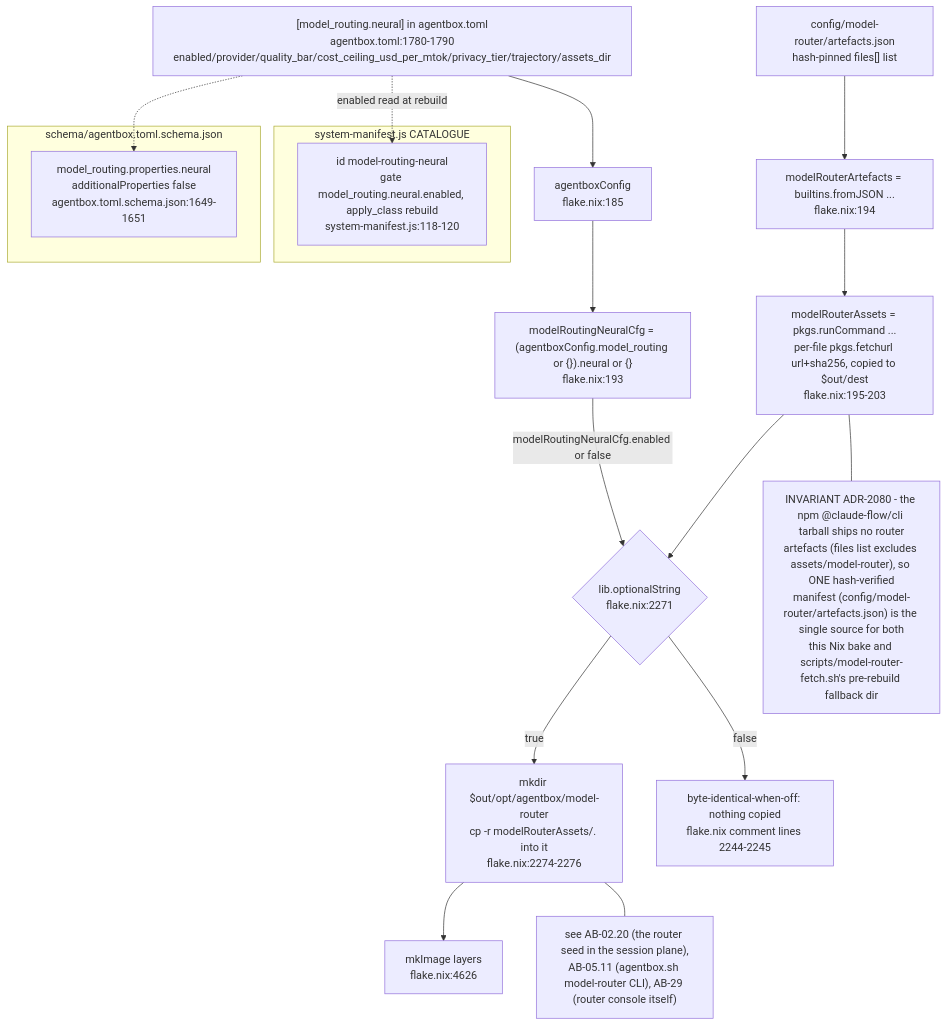
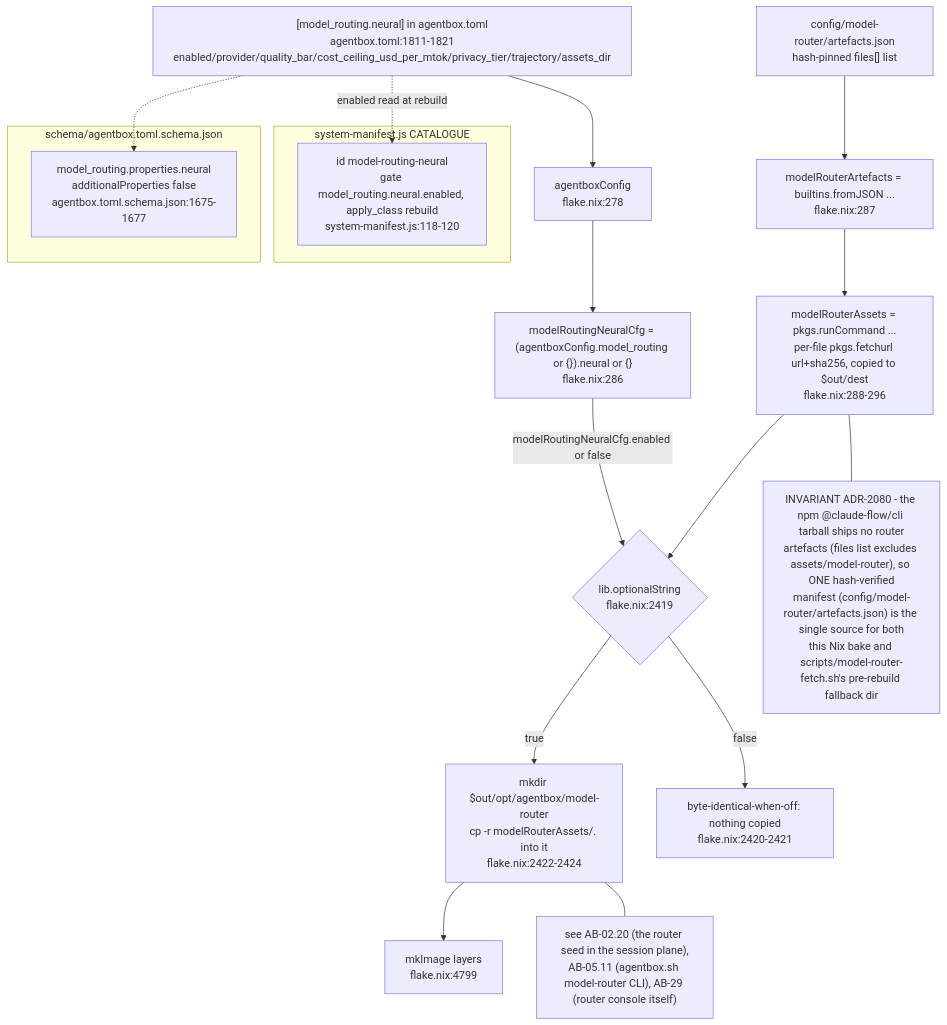
Before and after one commit to DreamLab-AI/VisionFlow: the tenth of 10 diagrams in docs/diagrams/agentbox/01-nix-flake-composition.md, drawn with Mermaid. The commit also changed other lines of this file and 7 other files, not shown here.

````diff
--- a/docs/diagrams/agentbox/01-nix-flake-composition.md
+++ b/docs/diagrams/agentbox/01-nix-flake-composition.md
@@ -483,29 +481,29 @@
 ```mermaid
 flowchart TB
-    TOML2["[model_routing.neural] in agentbox.toml<br/>agentbox.toml:1780-1790<br/>enabled/provider/quality_bar/cost_ceiling_usd_per_mtok/privacy_tier/trajectory/assets_dir"] --> CFG2["agentboxConfig<br/>flake.nix:185"]
-    CFG2 --> MRNCFG["modelRoutingNeuralCfg = (agentboxConfig.model_routing or {}).neural or {}<br/>flake.nix:193"]
-    ARTJSON["config/model-router/artefacts.json<br/>hash-pinned files[] list"] --> MRNFETCH["modelRouterArtefacts = builtins.fromJSON ...<br/>flake.nix:194"]
-    MRNFETCH --> MRNASSETS["modelRouterAssets = pkgs.runCommand ...<br/>per-file pkgs.fetchurl url+sha256, copied to $out/dest<br/>flake.nix:195-203"]
+    TOML2["[model_routing.neural] in agentbox.toml<br/>agentbox.toml:1811-1821<br/>enabled/provider/quality_bar/cost_ceiling_usd_per_mtok/privacy_tier/trajectory/assets_dir"] --> CFG2["agentboxConfig<br/>flake.nix:278"]
+    CFG2 --> MRNCFG["modelRoutingNeuralCfg = (agentboxConfig.model_routing or {}).neural or {}<br/>flake.nix:286"]
+    ARTJSON["config/model-router/artefacts.json<br/>hash-pinned files[] list"] --> MRNFETCH["modelRouterArtefacts = builtins.fromJSON ...<br/>flake.nix:287"]
+    MRNFETCH --> MRNASSETS["modelRouterAssets = pkgs.runCommand ...<br/>per-file pkgs.fetchurl url+sha256, copied to $out/dest<br/>flake.nix:288-296"]
 
-    MRNCFG -->|"modelRoutingNeuralCfg.enabled or false"| GATE{"lib.optionalString<br/>flake.nix:2271"}
+    MRNCFG -->|"modelRoutingNeuralCfg.enabled or false"| GATE{"lib.optionalString<br/>flake.nix:2419"}
     MRNASSETS --> GATE
-    GATE -->|true| BAKE["mkdir $out/opt/agentbox/model-router<br/>cp -r modelRouterAssets/. into it<br/>flake.nix:2274-2276"]
-    GATE -->|false| SKIP["byte-identical-when-off: nothing copied<br/>flake.nix comment lines 2244-2245"]
-    BAKE --> ALLPKG2["mkImage layers<br/>flake.nix:4626"]
+    GATE -->|true| BAKE["mkdir $out/opt/agentbox/model-router<br/>cp -r modelRouterAssets/. into it<br/>flake.nix:2422-2424"]
+    GATE -->|false| SKIP["byte-identical-when-off: nothing copied<br/>flake.nix:2420-2421"]
+    BAKE --> ALLPKG2["mkImage layers<br/>flake.nix:4799"]
 
     subgraph MANIFEST2["system-manifest.js CATALOGUE"]
         MRNENTRY["id model-routing-neural<br/>gate model_routing.neural.enabled, apply_class rebuild<br/>system-manifest.js:118-120"]
     end
     TOML2 -.->|"enabled read at rebuild"| MRNENTRY
 
     subgraph SCHEMA2["schema/agentbox.toml.schema.json"]
-        NEURALSCHEMA["model_routing.properties.neural<br/>additionalProperties false<br/>agentbox.toml.schema.json:1649-1651"]
+        NEURALSCHEMA["model_routing.properties.neural<br/>additionalProperties false<br/>agentbox.toml.schema.json:1675-1677"]
     end
     TOML2 -.-> NEURALSCHEMA
 
     NOTE1["INVARIANT ADR-2080 - the npm @claude-flow/cli tarball ships no router<br/>artefacts (files list excludes assets/model-router), so ONE hash-verified<br/>manifest (config/model-router/artefacts.json) is the single source for both<br/>this Nix bake and scripts/model-router-fetch.sh's pre-rebuild fallback dir"]
     MRNASSETS --- NOTE1
 
     NOTE2["see AB-02.20 (the router seed in the session plane),<br/>AB-05.11 (agentbox.sh model-router CLI), AB-29 (router console itself)"]
     BAKE --- NOTE2
 ```
````
